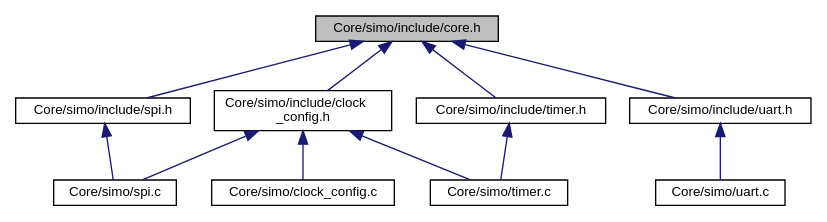
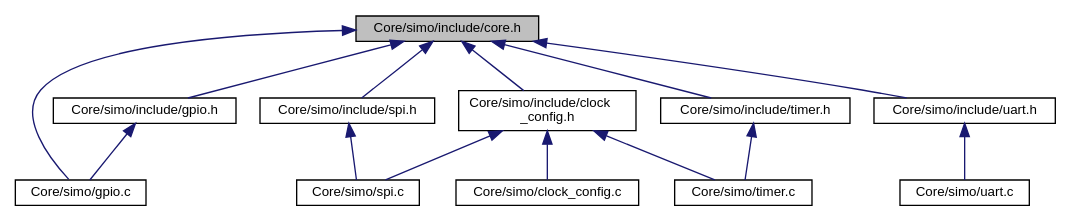
Before and after one commit to Germanvelardez2018/SIMO-STM32-framework: the diagram in docs/core_8h__dep__incl.dot, drawn with Graphviz. The commit also changed 56 other files, not shown here.

```diff
--- a/docs/core_8h__dep__incl.dot
+++ b/docs/core_8h__dep__incl.dot
@@ -1,25 +1,30 @@
 digraph "Core/simo/include/core.h"
 {
  // LATEX_PDF_SIZE
   edge [fontname="Helvetica",fontsize="10",labelfontname="Helvetica",labelfontsize="10"];
   node [fontname="Helvetica",fontsize="10",shape=record];
   Node1 [label="Core/simo/include/core.h",height=0.2,width=0.4,color="black", fillcolor="grey75", style="filled", fontcolor="black",tooltip=" "];
   Node1 -> Node2 [dir="back",color="midnightblue",fontsize="10",style="solid",fontname="Helvetica"];
-  Node2 [label="Core/simo/include/clock\l_config.h",height=0.2,width=0.4,color="black", fillcolor="white", style="filled",URL="$clock__config_8h.html",tooltip=" "];
-  Node2 -> Node3 [dir="back",color="midnightblue",fontsize="10",style="solid",fontname="Helvetica"];
-  Node3 [label="Core/simo/clock_config.c",height=0.2,width=0.4,color="black", fillcolor="white", style="filled",URL="$clock__config_8c.html",tooltip=" "];
-  Node2 -> Node4 [dir="back",color="midnightblue",fontsize="10",style="solid",fontname="Helvetica"];
-  Node4 [label="Core/simo/spi.c",height=0.2,width=0.4,color="black", fillcolor="white", style="filled",URL="$spi_8c.html",tooltip="Driver para abstraer el hardware SPI."];
-  Node2 -> Node5 [dir="back",color="midnightblue",fontsize="10",style="solid",fontname="Helvetica"];
-  Node5 [label="Core/simo/timer.c",height=0.2,width=0.4,color="black", fillcolor="white", style="filled",URL="$timer_8c.html",tooltip=" "];
-  Node1 -> Node6 [dir="back",color="midnightblue",fontsize="10",style="solid",fontname="Helvetica"];
-  Node6 [label="Core/simo/include/spi.h",height=0.2,width=0.4,color="black", fillcolor="white", style="filled",URL="$spi_8h.html",tooltip="Driver para abstraer hardware SPI."];
-  Node6 -> Node4 [dir="back",color="midnightblue",fontsize="10",style="solid",fontname="Helvetica"];
+  Node2 [label="Core/simo/gpio.c",height=0.2,width=0.4,color="black", fillcolor="white", style="filled",URL="$gpio_8c.html",tooltip=" "];
+  Node1 -> Node3 [dir="back",color="midnightblue",fontsize="10",style="solid",fontname="Helvetica"];
+  Node3 [label="Core/simo/include/clock\l_config.h",height=0.2,width=0.4,color="black", fillcolor="white", style="filled",URL="$clock__config_8h.html",tooltip=" "];
+  Node3 -> Node4 [dir="back",color="midnightblue",fontsize="10",style="solid",fontname="Helvetica"];
+  Node4 [label="Core/simo/clock_config.c",height=0.2,width=0.4,color="black", fillcolor="white", style="filled",URL="$clock__config_8c.html",tooltip=" "];
+  Node3 -> Node5 [dir="back",color="midnightblue",fontsize="10",style="solid",fontname="Helvetica"];
+  Node5 [label="Core/simo/spi.c",height=0.2,width=0.4,color="black", fillcolor="white", style="filled",URL="$spi_8c.html",tooltip="Driver para abstraer el hardware SPI."];
+  Node3 -> Node6 [dir="back",color="midnightblue",fontsize="10",style="solid",fontname="Helvetica"];
+  Node6 [label="Core/simo/timer.c",height=0.2,width=0.4,color="black", fillcolor="white", style="filled",URL="$timer_8c.html",tooltip=" "];
   Node1 -> Node7 [dir="back",color="midnightblue",fontsize="10",style="solid",fontname="Helvetica"];
-  Node7 [label="Core/simo/include/timer.h",height=0.2,width=0.4,color="black", fillcolor="white", style="filled",URL="$timer_8h.html",tooltip=" "];
-  Node7 -> Node5 [dir="back",color="midnightblue",fontsize="10",style="solid",fontname="Helvetica"];
+  Node7 [label="Core/simo/include/gpio.h",height=0.2,width=0.4,color="black", fillcolor="white", style="filled",URL="$gpio_8h.html",tooltip="Driver para abstraer el hardware GPIO del microcontrolador."];
+  Node7 -> Node2 [dir="back",color="midnightblue",fontsize="10",style="solid",fontname="Helvetica"];
   Node1 -> Node8 [dir="back",color="midnightblue",fontsize="10",style="solid",fontname="Helvetica"];
-  Node8 [label="Core/simo/include/uart.h",height=0.2,width=0.4,color="black", fillcolor="white", style="filled",URL="$uart_8h.html",tooltip=" "];
-  Node8 -> Node9 [dir="back",color="midnightblue",fontsize="10",style="solid",fontname="Helvetica"];
-  Node9 [label="Core/simo/uart.c",height=0.2,width=0.4,color="black", fillcolor="white", style="filled",URL="$uart_8c.html",tooltip=" "];
+  Node8 [label="Core/simo/include/spi.h",height=0.2,width=0.4,color="black", fillcolor="white", style="filled",URL="$spi_8h.html",tooltip="Driver para abstraer hardware SPI."];
+  Node8 -> Node5 [dir="back",color="midnightblue",fontsize="10",style="solid",fontname="Helvetica"];
+  Node1 -> Node9 [dir="back",color="midnightblue",fontsize="10",style="solid",fontname="Helvetica"];
+  Node9 [label="Core/simo/include/timer.h",height=0.2,width=0.4,color="black", fillcolor="white", style="filled",URL="$timer_8h.html",tooltip=" "];
+  Node9 -> Node6 [dir="back",color="midnightblue",fontsize="10",style="solid",fontname="Helvetica"];
+  Node1 -> Node10 [dir="back",color="midnightblue",fontsize="10",style="solid",fontname="Helvetica"];
+  Node10 [label="Core/simo/include/uart.h",height=0.2,width=0.4,color="black", fillcolor="white", style="filled",URL="$uart_8h.html",tooltip=" "];
+  Node10 -> Node11 [dir="back",color="midnightblue",fontsize="10",style="solid",fontname="Helvetica"];
+  Node11 [label="Core/simo/uart.c",height=0.2,width=0.4,color="black", fillcolor="white", style="filled",URL="$uart_8c.html",tooltip=" "];
 }
```
